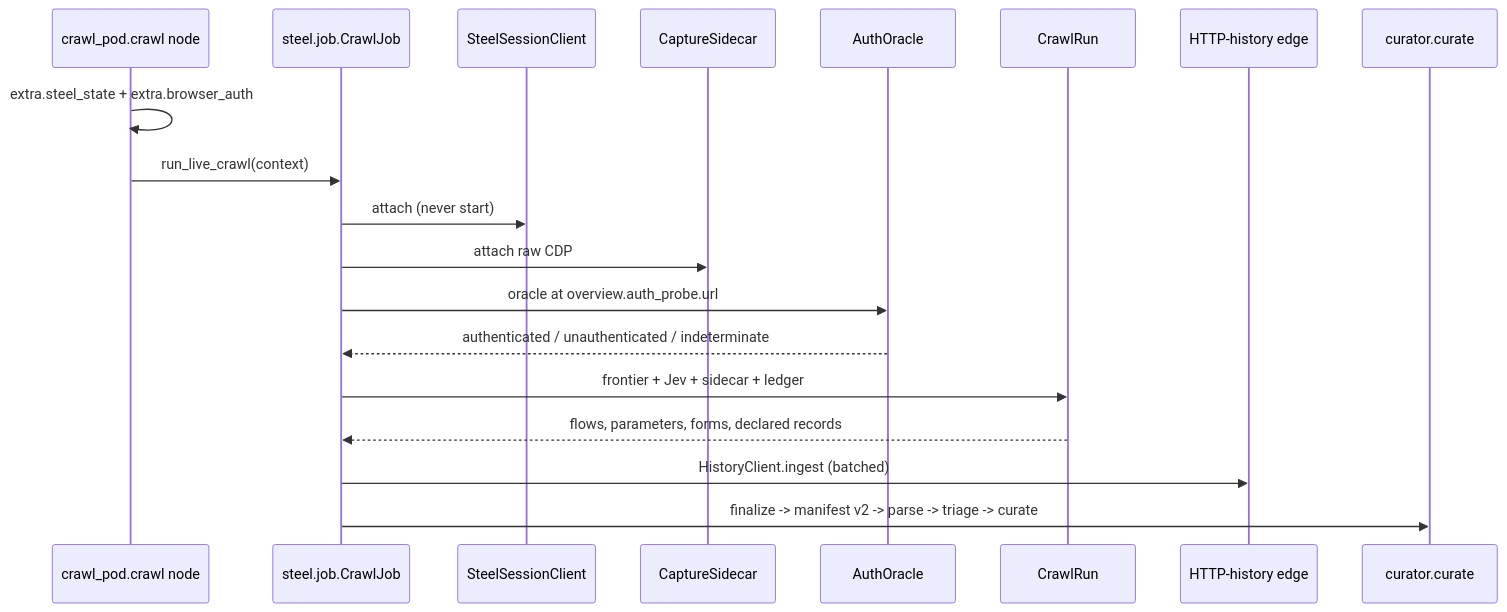
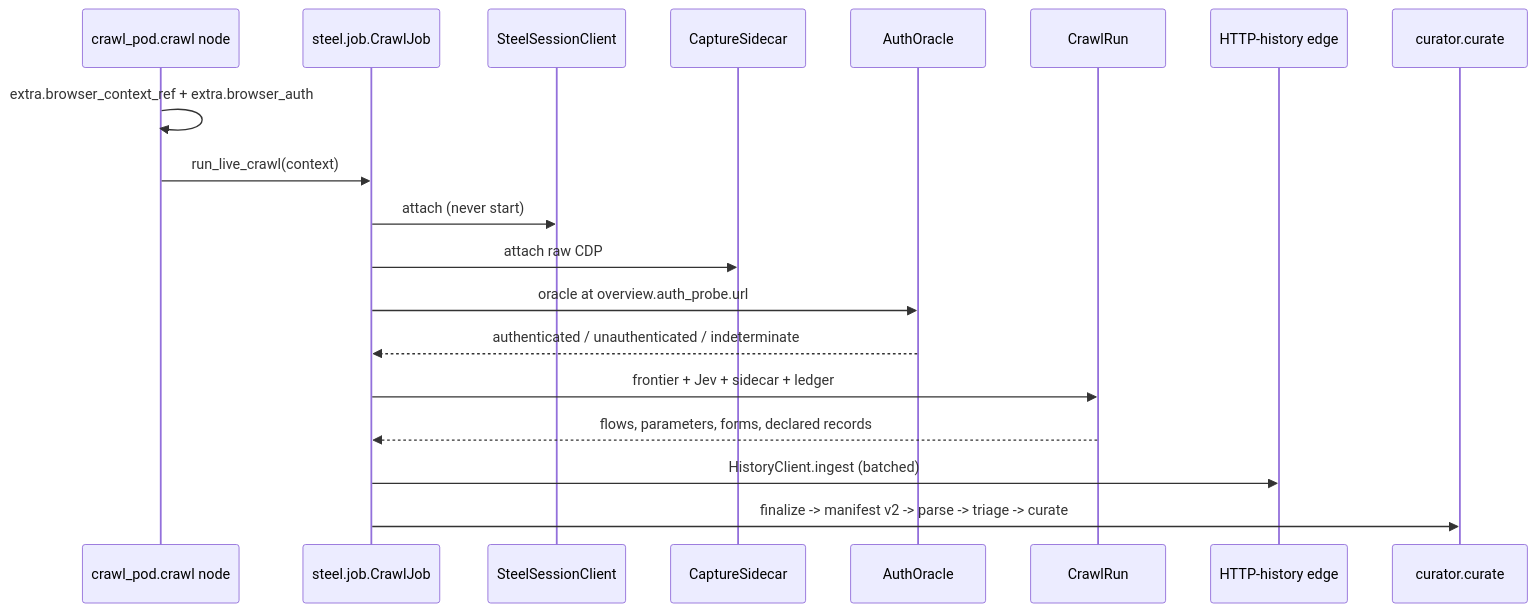
One commit to Diekgbbtt/polyphemus changed the seventh of 7 diagrams in docs/design/recon-pipeline-design.md. Above: the diagram before and after it, drawn with Mermaid. The commit also changed other lines of this file and 166 other files, not shown here.

First line of the commit message:
feat: one agent browser tool over the shared Steel pool

````diff
--- a/docs/design/recon-pipeline-design.md
+++ b/docs/design/recon-pipeline-design.md
@@ -429,22 +428,22 @@
 ```mermaid
 sequenceDiagram
     participant CP as crawl_pod.crawl node
     participant CJ as steel.job.CrawlJob
     participant SC as SteelSessionClient
     participant SIDE as CaptureSidecar
     participant AUTH as AuthOracle
     participant RUN as CrawlRun
     participant EDGE as HTTP-history edge
     participant CUR as curator.curate
 
-    CP->>CP: extra.steel_state + extra.browser_auth
+    CP->>CP: extra.browser_context_ref + extra.browser_auth
     CP->>CJ: run_live_crawl(context)
     CJ->>SC: attach (never start)
     CJ->>SIDE: attach raw CDP
     CJ->>AUTH: oracle at overview.auth_probe.url
     AUTH-->>CJ: authenticated / unauthenticated / indeterminate
     CJ->>RUN: frontier + Jev + sidecar + ledger
     RUN-->>CJ: flows, parameters, forms, declared records
     CJ->>EDGE: HistoryClient.ingest (batched)
     CJ->>CUR: finalize -> manifest v2 -> parse -> triage -> curate
 ```
````
